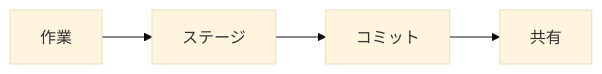
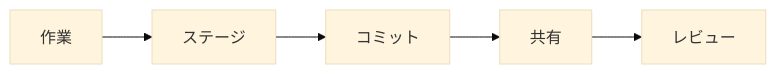
The diagram in docs/fundamentals/git.md (isksss/awesome), drawn with Mermaid (base theme) before and after one commit. The commit also changed other lines of this file and 28 other files, not shown here.

````diff
--- a/docs/fundamentals/git.md
+++ b/docs/fundamentals/git.md
@@ -42,6 +32,7 @@
 ```mermaid
 flowchart LR
   Work[作業] --> Stage[ステージ]
   Stage --> Commit[コミット]
-  Commit --> Push[共有]
+  Commit --> Share[共有]
+  Share --> Review[レビュー]
 ```
````
